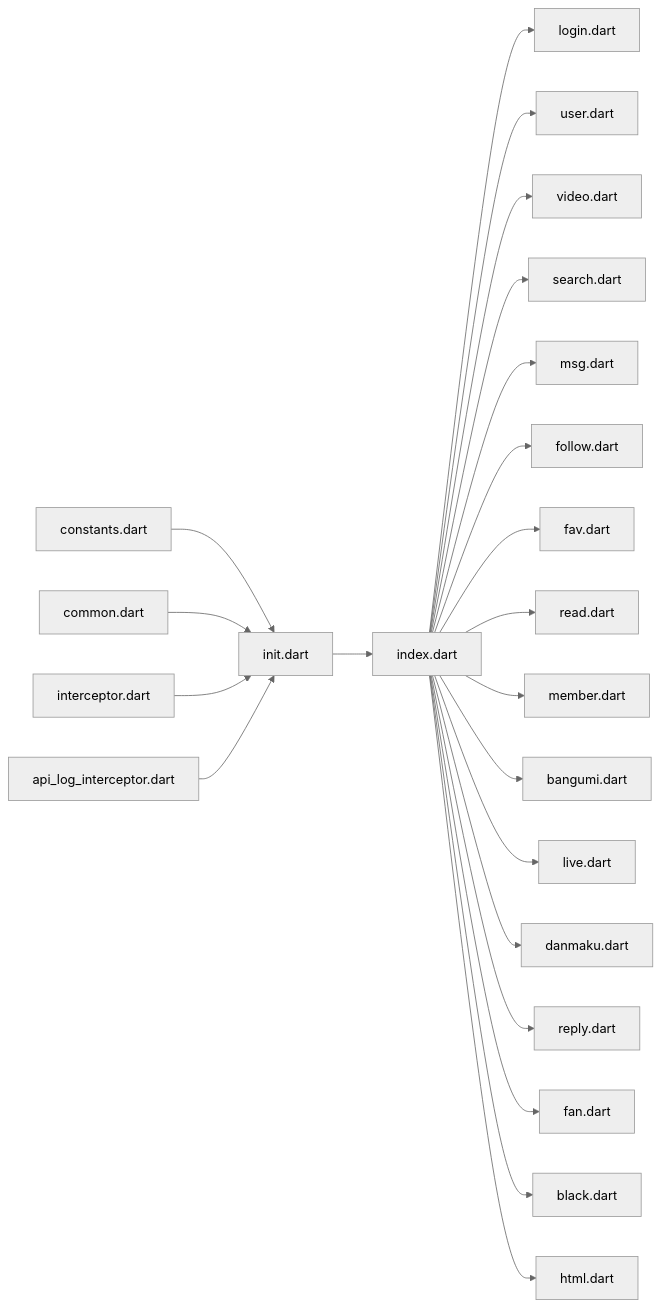
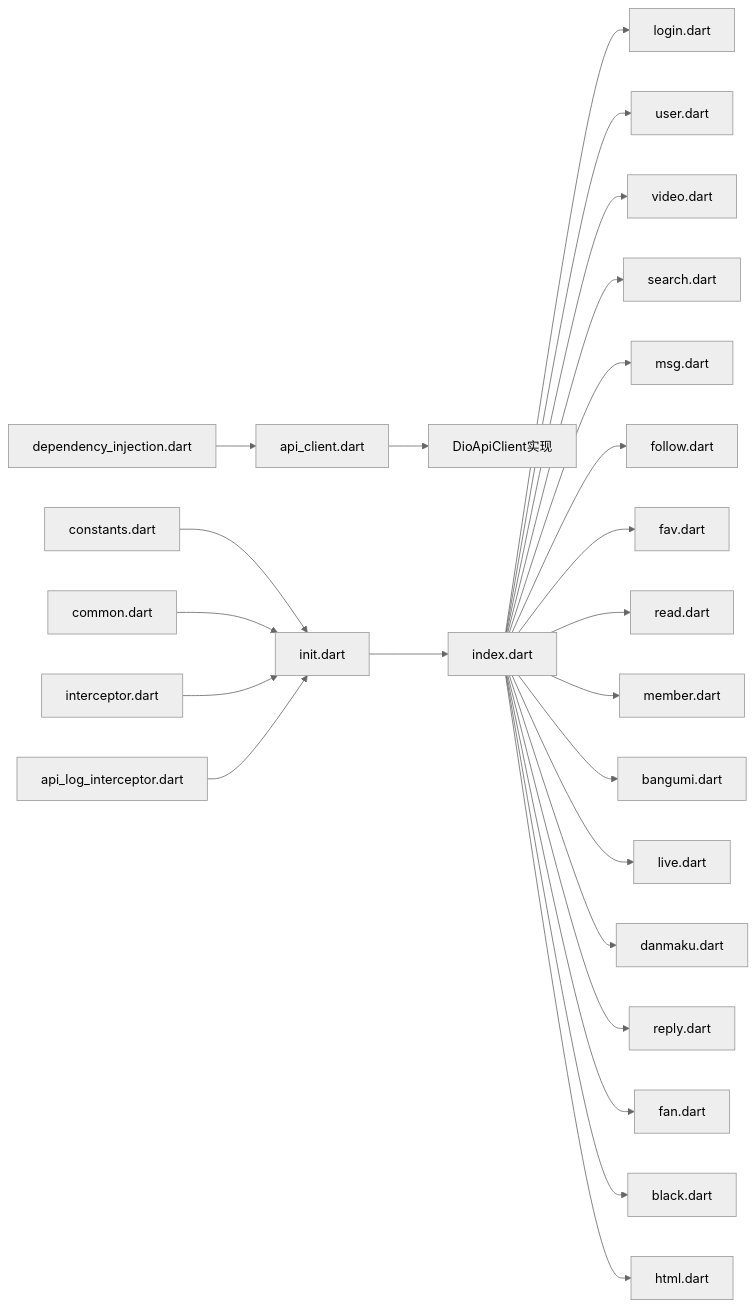
The sixth of 6 diagrams in .qoder/repowiki/zh/content/架构设计/HTTP网络层.md (justLXX/pilipala), drawn with Mermaid (neutral theme) before and after one commit. The commit also changed other lines of this file and 194 other files, not shown here.

````diff
--- a/.qoder/repowiki/zh/content/架构设计/HTTP网络层.md
+++ b/.qoder/repowiki/zh/content/架构设计/HTTP网络层.md
@@ -304,24 +420,26 @@
 ```mermaid
 graph LR
 CONST["constants.dart"] --> INIT["init.dart"]
 COMMON["common.dart"] --> INIT
 INTER["interceptor.dart"] --> INIT
 LOGINT["api_log_interceptor.dart"] --> INIT
+API_CLIENT["api_client.dart"] --> DIO_IMPL["DioApiClient实现"]
+DI_CONTAINER["dependency_injection.dart"] --> API_CLIENT
 INIT --> IDX["index.dart"]
 IDX --> LOGIN["login.dart"]
 IDX --> USER["user.dart"]
 IDX --> VIDEO["video.dart"]
 IDX --> SEARCH["search.dart"]
 IDX --> MSG["msg.dart"]
 IDX --> FOLLOW["follow.dart"]
 IDX --> FAV["fav.dart"]
 IDX --> READ["read.dart"]
 IDX --> MEMBER["member.dart"]
 IDX --> BANGUMI["bangumi.dart"]
 IDX --> LIVE["live.dart"]
 IDX --> DANMAKU["danmaku.dart"]
 IDX --> REPLY["reply.dart"]
 IDX --> FAN["fan.dart"]
 IDX --> BLACK["black.dart"]
 IDX --> HTML["html.dart"]
 ```
````
